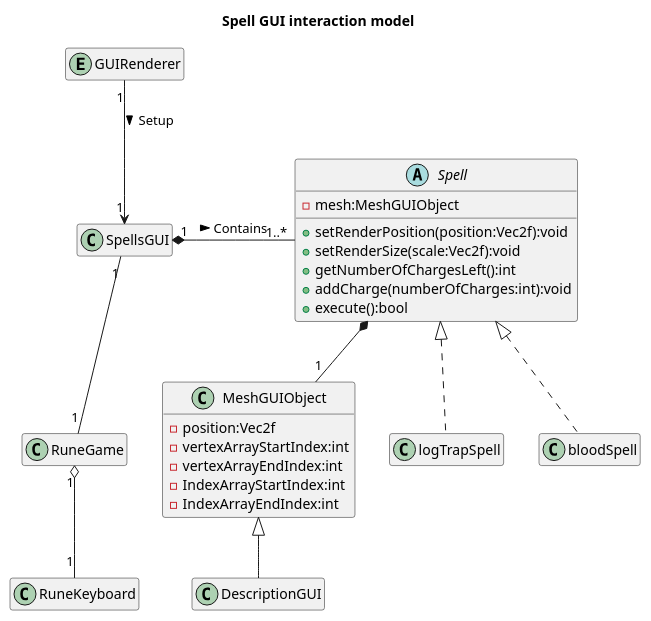
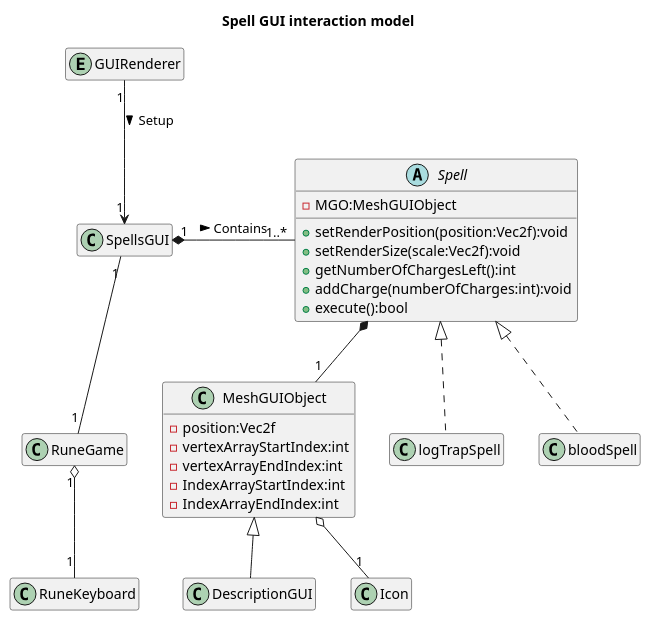
One commit to Kuift/The_Guiftmo_Project changed the diagram in docs/conception.puml. Above: the diagram before and after it, drawn with PlantUML. The commit also changed 1 other file, not shown here.

Commit message:
added Icon class

```diff
--- a/docs/conception.puml
+++ b/docs/conception.puml
@@ -1,42 +1,44 @@
 @startuml Conception
 
 skinparam defaultfontname Verdana
 title Spell GUI interaction model
 
 hide empty members
 abstract Spell
 {
-    - mesh:MeshGUIObject
+    - MGO:MeshGUIObject
     + setRenderPosition(position:Vec2f):void
     + setRenderSize(scale:Vec2f):void
     + getNumberOfChargesLeft():int
     + addCharge(numberOfCharges:int):void
     + execute():bool
 }
 class MeshGUIObject
 {
   - position:Vec2f
   - vertexArrayStartIndex:int
   - vertexArrayEndIndex:int
   - IndexArrayStartIndex:int
   - IndexArrayEndIndex:int
 }
 class DescriptionGUI extends MeshGUIObject
 {
 
 }
 class logTrapSpell implements Spell
 {
 
 }
+class Icon
 class bloodSpell implements Spell
 class SpellsGUI
 Entity GUIRenderer
 class RuneGame
 class RuneKeyboard
 GUIRenderer "1"--> "1" SpellsGUI : Setup >
 SpellsGUI "1" *- "1..*" Spell : Contains >
 SpellsGUI "1" -- "1"  RuneGame
 RuneGame "1" o-- "1" RuneKeyboard
 Spell *-- "1" MeshGUIObject
+MeshGUIObject o-- "1" Icon
 @enduml
```
